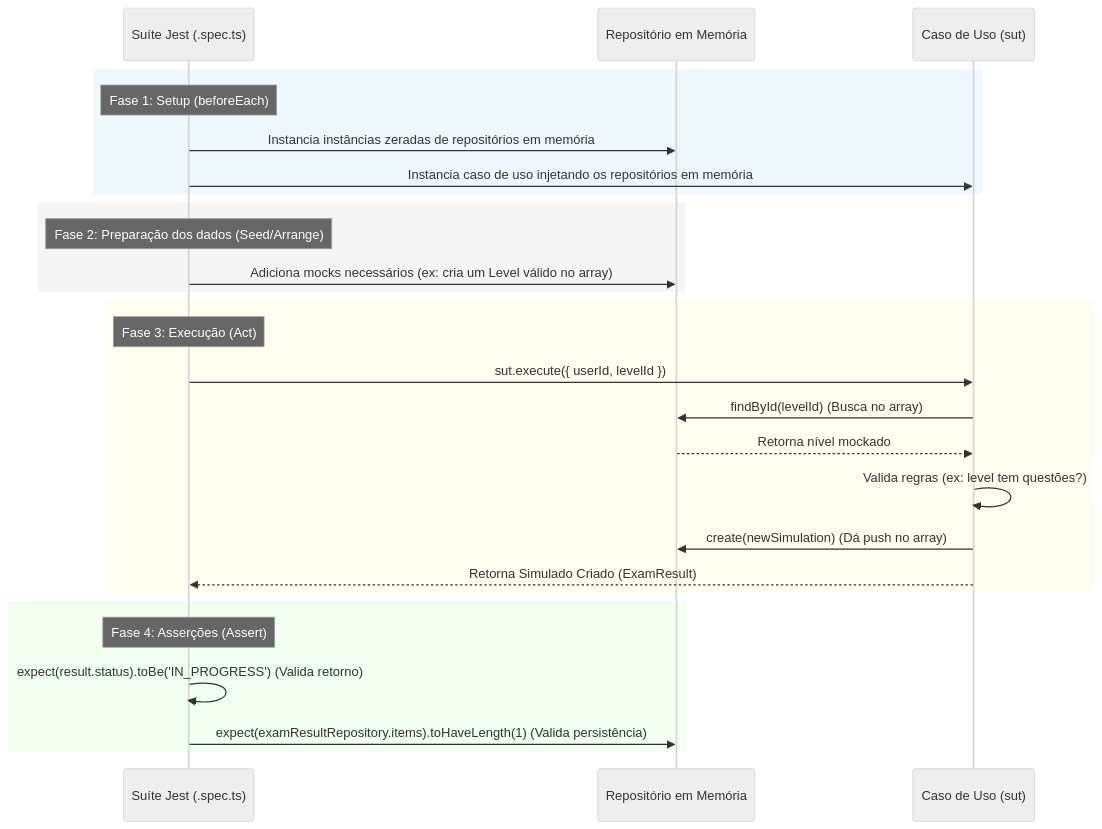
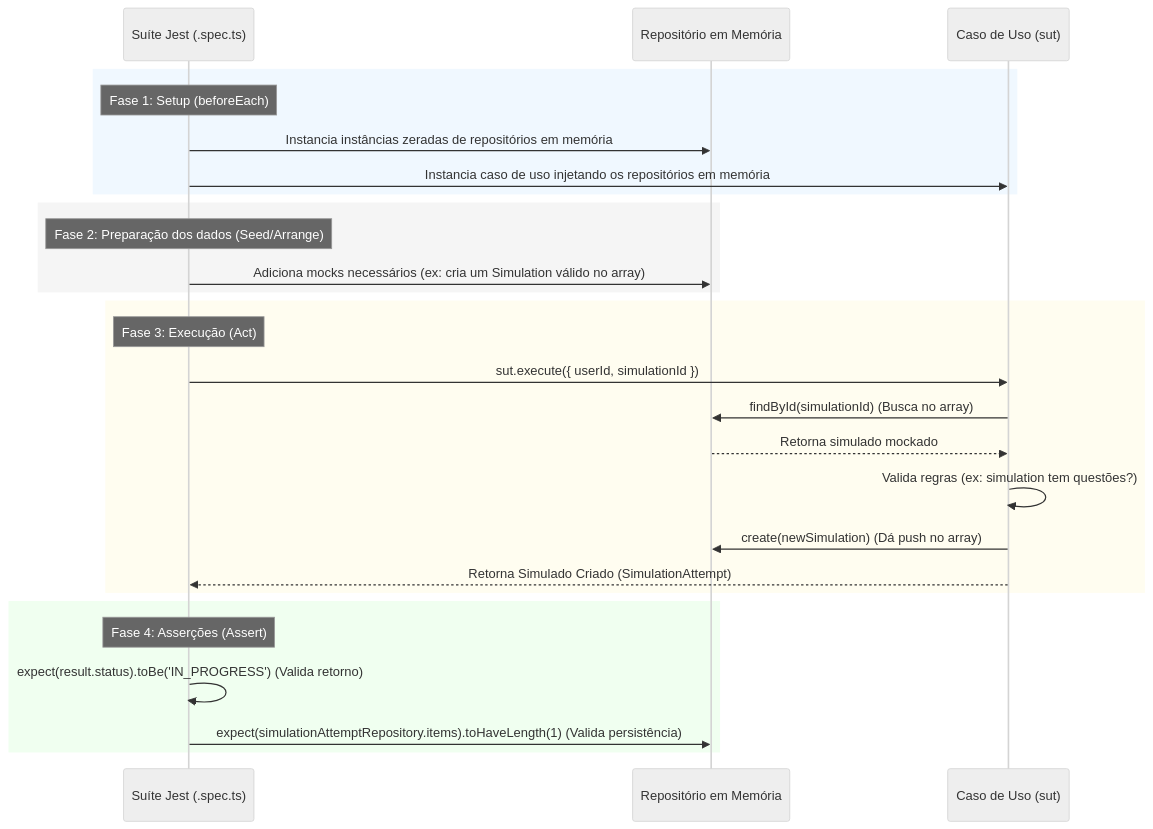
Before and after one commit to Raullize/AprovaAI: the diagram in docs/TESTS.md, drawn with Mermaid (neutral theme). The commit also changed 6 other files, not shown here.

````diff
--- a/docs/TESTS.md
+++ b/docs/TESTS.md
@@ -54,33 +54,33 @@
 ```mermaid
 sequenceDiagram
     participant Test as Suíte Jest (.spec.ts)
     participant InMemory as Repositório em Memória
     participant UseCase as Caso de Uso (sut)
     
     rect rgb(240, 248, 255)
         note over Test: Fase 1: Setup (beforeEach)
         Test->>InMemory: Instancia instâncias zeradas de repositórios em memória
         Test->>UseCase: Instancia caso de uso injetando os repositórios em memória
     end
     
     rect rgb(245, 245, 245)
         note over Test: Fase 2: Preparação dos dados (Seed/Arrange)
-        Test->>InMemory: Adiciona mocks necessários (ex: cria um Level válido no array)
+        Test->>InMemory: Adiciona mocks necessários (ex: cria um Simulation válido no array)
     end
     
     rect rgb(255, 253, 240)
         note over Test: Fase 3: Execução (Act)
-        Test->>UseCase: sut.execute({ userId, levelId })
-        UseCase->>InMemory: findById(levelId) (Busca no array)
-        InMemory-->>UseCase: Retorna nível mockado
-        UseCase->>UseCase: Valida regras (ex: level tem questões?)
+        Test->>UseCase: sut.execute({ userId, simulationId })
+        UseCase->>InMemory: findById(simulationId) (Busca no array)
+        InMemory-->>UseCase: Retorna simulado mockado
+        UseCase->>UseCase: Valida regras (ex: simulation tem questões?)
         UseCase->>InMemory: create(newSimulation) (Dá push no array)
-        UseCase-->>Test: Retorna Simulado Criado (ExamResult)
+        UseCase-->>Test: Retorna Simulado Criado (SimulationAttempt)
     end
     
     rect rgb(240, 255, 240)
         note over Test: Fase 4: Asserções (Assert)
         Test->>Test: expect(result.status).toBe('IN_PROGRESS') (Valida retorno)
-        Test->>InMemory: expect(examResultRepository.items).toHaveLength(1) (Valida persistência)
+        Test->>InMemory: expect(simulationAttemptRepository.items).toHaveLength(1) (Valida persistência)
     end
 ```
````
